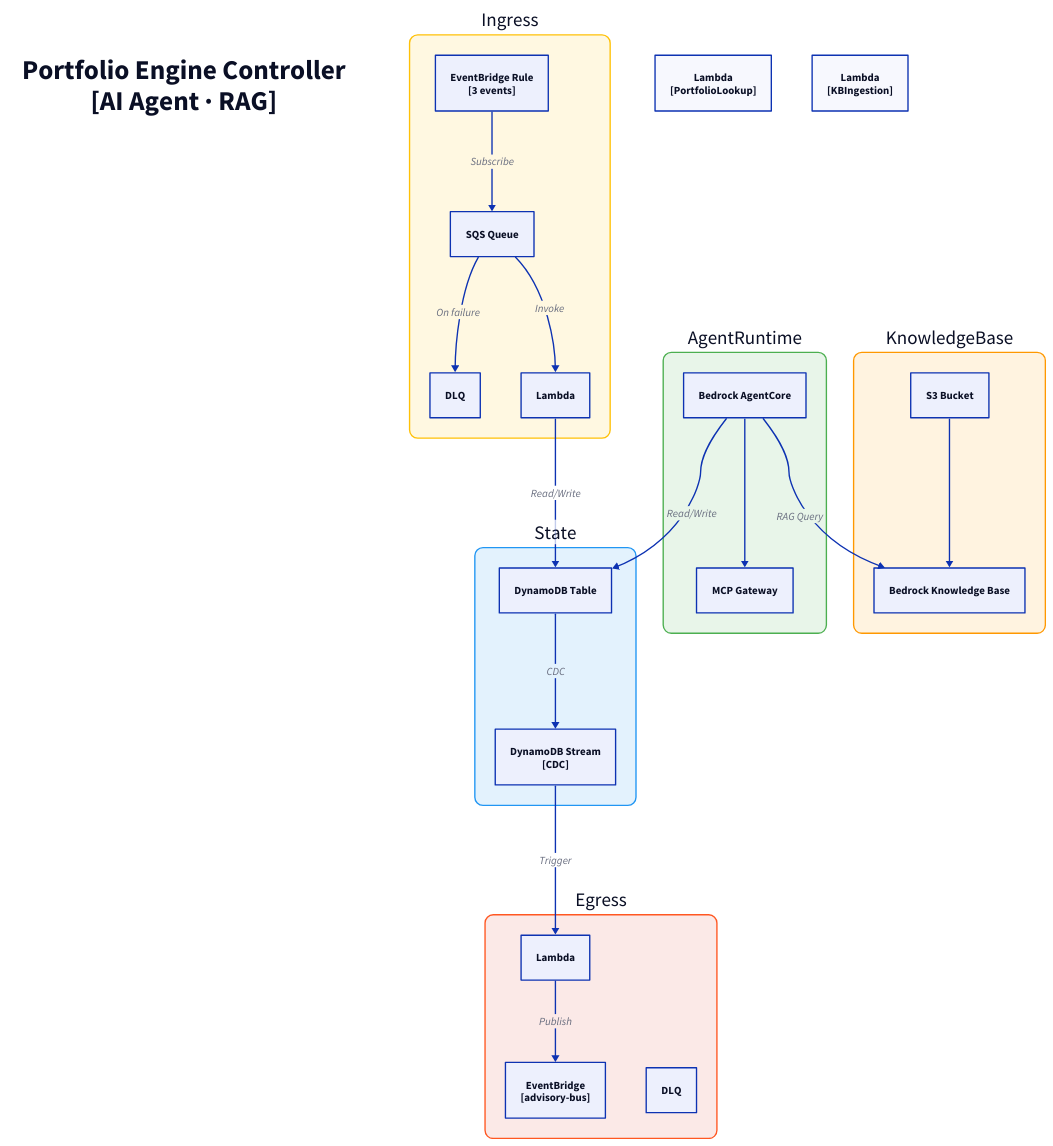
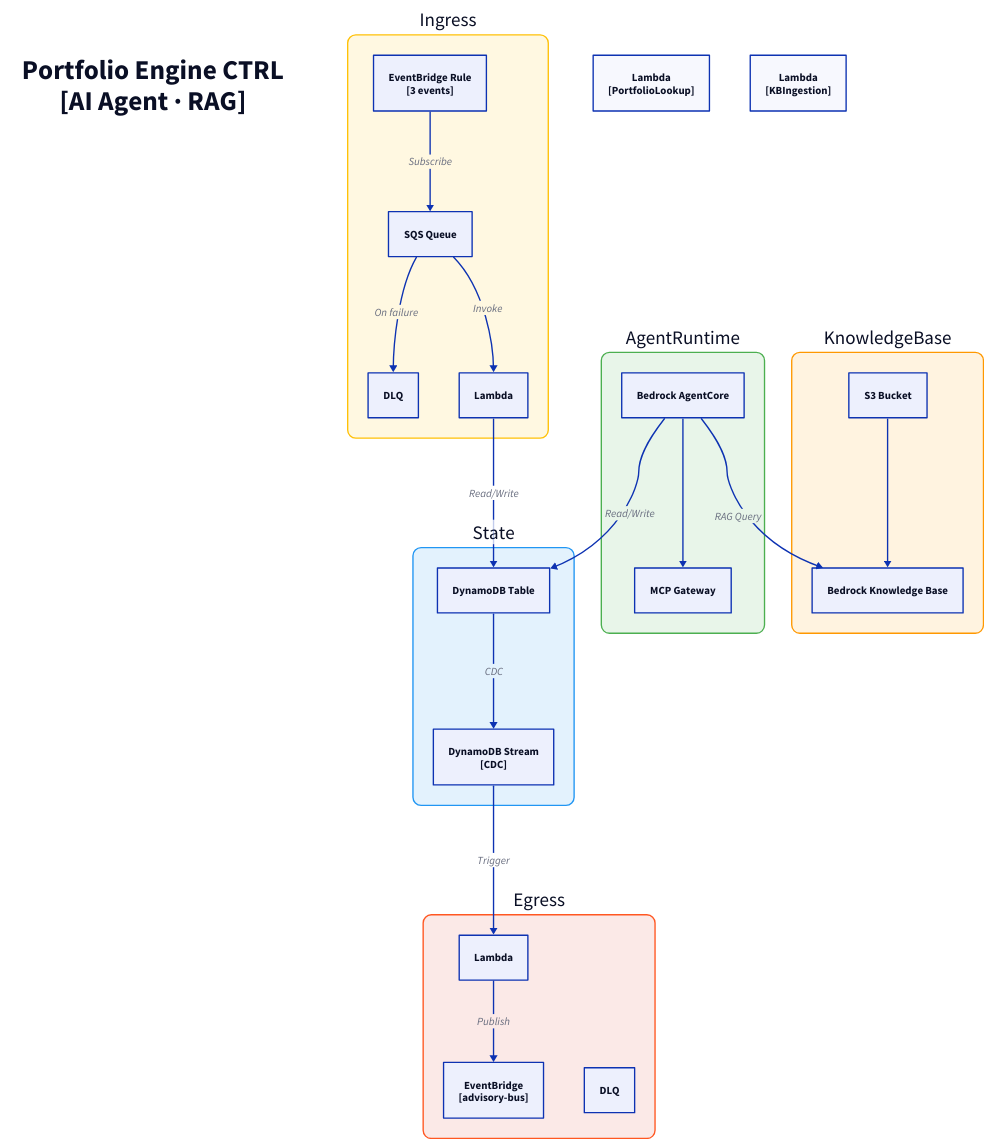
One commit to fabio-vitali/nestfolio changed the diagram in docs/architecture/c3/portfolio-engine-ctrl.d2. Above: the diagram before and after it, drawn with D2. The commit also changed 57 other files, not shown here.

Commit message:
fix: c4 diagrams fixes

```diff
--- a/docs/architecture/c3/portfolio-engine-ctrl.d2
+++ b/docs/architecture/c3/portfolio-engine-ctrl.d2
@@ -1,56 +1,56 @@
 direction: down
 
-title: "Portfolio Engine Controller\n[AI Agent · RAG]" {
+title: "Portfolio Engine CTRL\n[AI Agent · RAG]" {
   style: { font-size: 40; bold: true; fill: transparent; stroke: transparent }
 }
 
 ingress: "Ingress" {
   style: { fill: "#FFF8E1"; stroke: "#FFC107"; border-radius: 12; font-size: 28 }
   rule: "EventBridge Rule\n[3 events]" { class: aws-eventbridge }
   sqs: "SQS Queue" { class: aws-sqs }
   dlq: "DLQ" { class: aws-dlq }
   handler: "Lambda" { class: aws-lambda }
 
   rule -> sqs: Subscribe
   sqs -> handler: Invoke
   sqs -> dlq: On failure
 }
 
 state: "State" {
   style: { fill: "#E3F2FD"; stroke: "#2196F3"; border-radius: 12; font-size: 28 }
   table: "DynamoDB Table" { class: aws-dynamodb }
   stream: "DynamoDB Stream\n[CDC]" { class: aws-ddb-stream }
   table -> stream: CDC
 }
 
 egress: "Egress" {
   style: { fill: "#FBE9E7"; stroke: "#FF5722"; border-radius: 12; font-size: 28 }
   processor: "Lambda" { class: aws-lambda }
   bus: "EventBridge\n[advisory-bus]" { class: aws-eventbridge }
   dlq: "DLQ" { class: aws-dlq }
 
   processor -> bus: Publish
 }
 
 agent-runtime: "AgentRuntime" {
   style: { fill: "#E8F5E9"; stroke: "#4CAF50"; border-radius: 12; font-size: 28 }
   runtime: "Bedrock AgentCore" { class: aws-bedrock }
   gateway: "MCP Gateway" { class: aws-lambda }
   runtime -> gateway
 }
 
 knowledge-base: "KnowledgeBase" {
   style: { fill: "#FFF3E0"; stroke: "#FF9800"; border-radius: 12; font-size: 28 }
   kb: "Bedrock Knowledge Base" { class: aws-bedrock }
   s3: "S3 Bucket" { class: aws-s3 }
   s3 -> kb
 }
 
 portfolio-lookup: "Lambda\n[PortfolioLookup]" { class: aws-lambda }
 kbingestion: "Lambda\n[KBIngestion]" { class: aws-lambda }
 
 # Flows
 ingress.handler -> state.table: Read/Write
 state.stream -> egress.processor: Trigger
 agent-runtime.runtime -> knowledge-base.kb: RAG Query
 agent-runtime.runtime -> state.table: Read/Write
```
